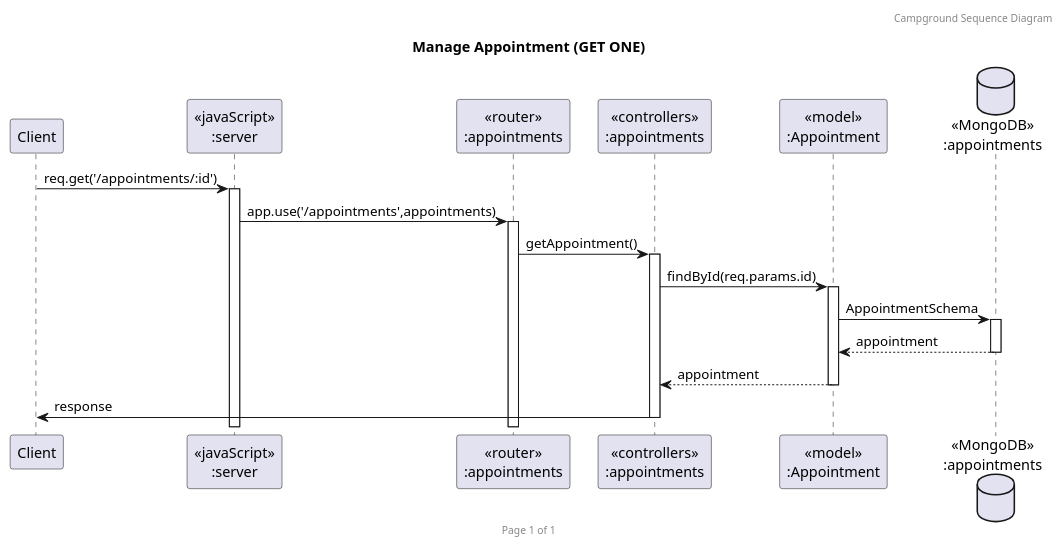
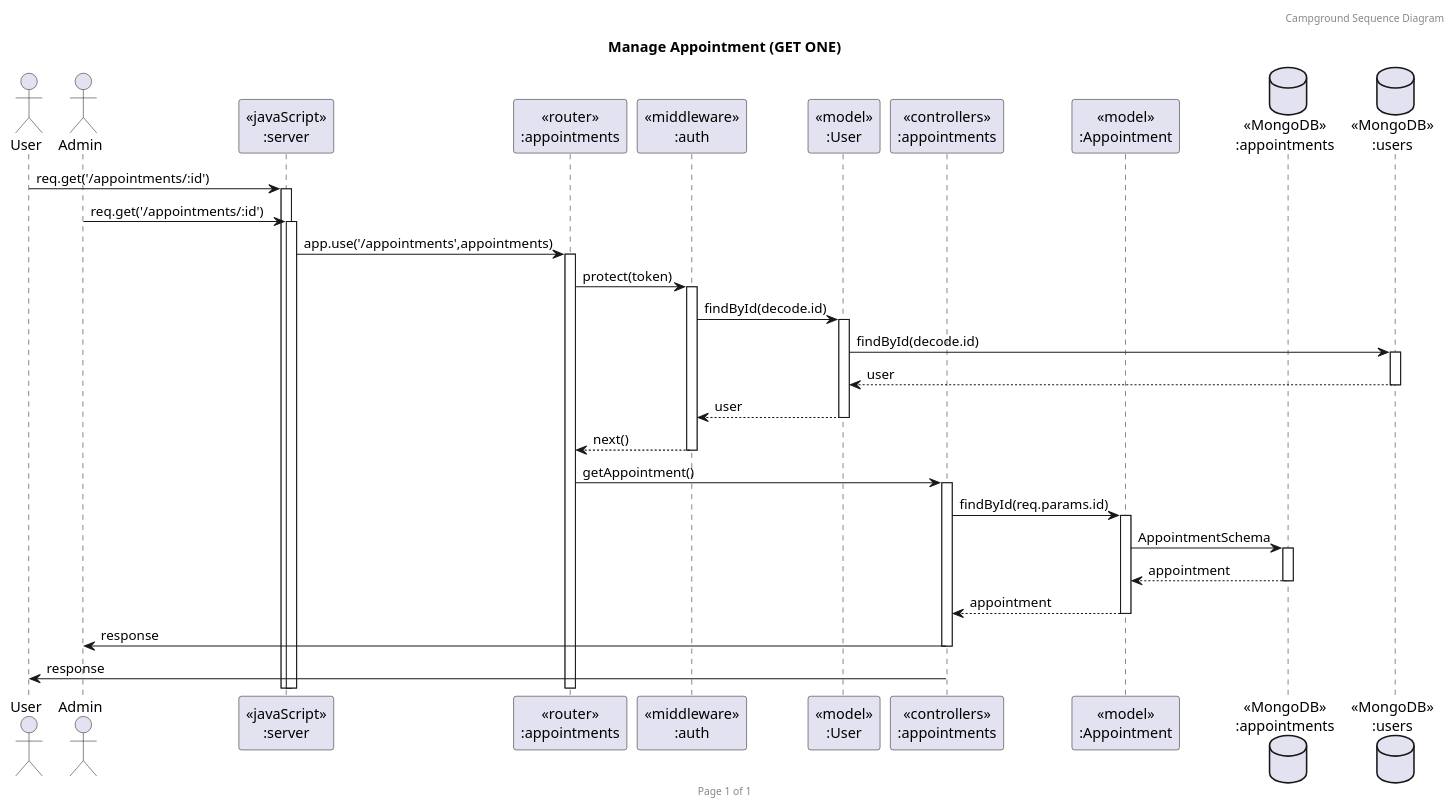
The diagram in diagram/Sequence diagram/Appointment/Appointment_GETONE.puml (FaiiFaiipuipui/CEDT_Y1T2_backend-campgroundbooking), drawn with PlantUML before and after one commit. The commit also changed 4 other files, not shown here.

Commit message:
Update Appointment Sequence Diagram

```diff
--- a/diagram/Sequence diagram/Appointment/Appointment_GETONE.puml
+++ b/diagram/Sequence diagram/Appointment/Appointment_GETONE.puml
@@ -1,23 +1,35 @@
 @startuml Manage Appointment (GET ONE)
 
 header Campground Sequence Diagram
 footer Page %page% of %lastpage%
 title "Manage Appointment (GET ONE)"
 
-participant "Client" as client
+actor "User" as user
+actor "Admin" as admin
 participant "<<javaScript>>\n:server" as server
 participant "<<router>>\n:appointments" as routerAppointments
+participant "<<middleware>>\n:auth" as middlewareAuth
+participant "<<model>>\n:User" as modelUser
 participant "<<controllers>>\n:appointments" as controllersAppointments
 participant "<<model>>\n:Appointment" as modelAppointment
 database "<<MongoDB>>\n:appointments" as CampgroundsDatabase
+database "<<MongoDB>>\n:users" as UsersDatabase
 
-client->server ++:req.get('/appointments/:id')
+user->server ++:req.get('/appointments/:id')
+admin->server ++:req.get('/appointments/:id')
 server->routerAppointments ++:app.use('/appointments',appointments)
+routerAppointments -> middlewareAuth ++:protect(token)
+middlewareAuth -> modelUser ++:findById(decode.id)
+modelUser -> UsersDatabase ++:findById(decode.id)
+UsersDatabase --> modelUser --:user
+modelUser --> middlewareAuth --:user
+middlewareAuth --> routerAppointments --:next()
 routerAppointments -> controllersAppointments ++:getAppointment()
 controllersAppointments->modelAppointment ++:findById(req.params.id)
 modelAppointment ->CampgroundsDatabase ++:AppointmentSchema
 CampgroundsDatabase --> modelAppointment --:appointment
 controllersAppointments <-- modelAppointment --:appointment
-controllersAppointments->client --:response
+controllersAppointments->admin --:response
+controllersAppointments->user --:response
 
 @enduml
```
